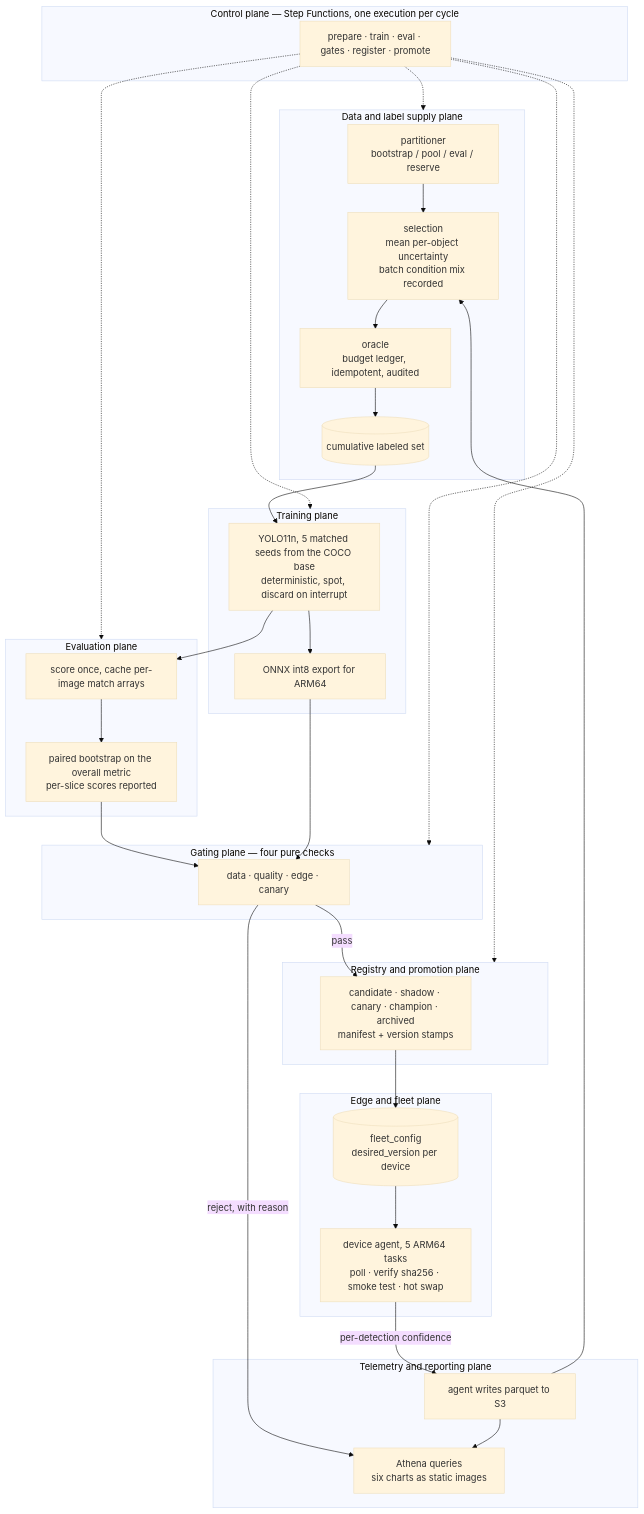
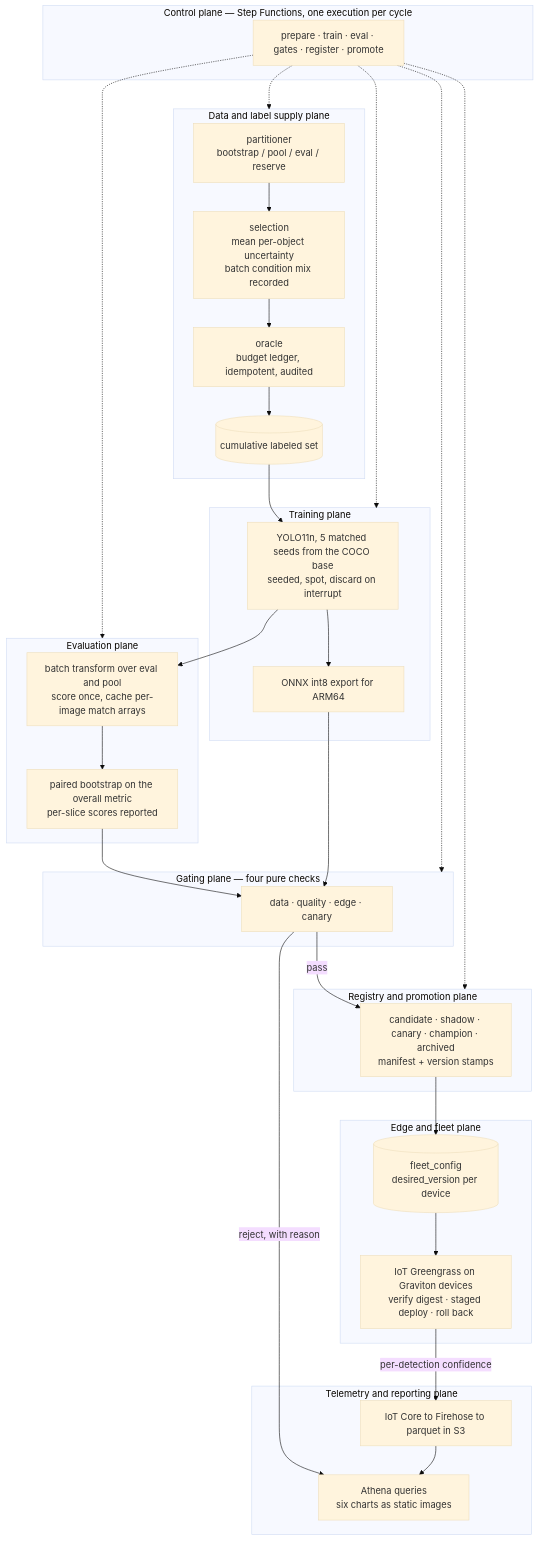
The diagram in docs/00-overview.md (arnavnair220/edge-ml-flywheel), drawn with Mermaid (base theme) before and after one commit. The commit also changed other lines of this file and 9 other files, not shown here.

First line of the commit message:
Start runs on the nine-class set, and move the fleet to Greengrass on Graviton

````diff
--- a/docs/00-overview.md
+++ b/docs/00-overview.md
@@ -84,64 +84,63 @@
 ```mermaid
 flowchart TB
     subgraph CTRL["Control plane — Step Functions, one execution per cycle"]
         SFN["prepare · train · eval · gates · register · promote"]
     end
 
     subgraph DATA["Data and label supply plane"]
         PART["partitioner<br/>bootstrap / pool / eval / reserve"]
         SEL["selection<br/>mean per-object uncertainty<br/>batch condition mix recorded"]
         ORACLE["oracle<br/>budget ledger, idempotent, audited"]
         POOL[("cumulative labeled set")]
     end
 
     subgraph TRAIN["Training plane"]
-        SEEDS["YOLO11n, 5 matched seeds from the COCO base<br/>deterministic, spot, discard on interrupt"]
+        SEEDS["YOLO11n, 5 matched seeds from the COCO base<br/>seeded, spot, discard on interrupt"]
         EXPORT["ONNX int8 export for ARM64"]
     end
 
     subgraph EVAL["Evaluation plane"]
-        SCORE["score once, cache per-image match arrays"]
+        SCORE["batch transform over eval and pool<br/>score once, cache per-image match arrays"]
         BOOT["paired bootstrap on the overall metric<br/>per-slice scores reported"]
     end
 
     subgraph GATE["Gating plane — four pure checks"]
         G["data · quality · edge · canary"]
     end
 
     subgraph REG["Registry and promotion plane"]
         SM["candidate · shadow · canary · champion · archived<br/>manifest + version stamps"]
     end
 
     subgraph EDGE["Edge and fleet plane"]
         CFG[("fleet_config<br/>desired_version per device")]
-        AGENT["device agent, 5 ARM64 tasks<br/>poll · verify sha256 · smoke test · hot swap"]
+        AGENT["IoT Greengrass on Graviton devices<br/>verify digest · staged deploy · roll back"]
     end
 
     subgraph OBS["Telemetry and reporting plane"]
-        TEL["agent writes parquet to S3"]
+        TEL["IoT Core to Firehose to parquet in S3"]
         DASH["Athena queries<br/>six charts as static images"]
     end
 
     PART --> SEL
     SEL --> ORACLE
     ORACLE --> POOL
     POOL --> SEEDS
     SEEDS --> SCORE
     SCORE --> BOOT
     BOOT --> G
     SEEDS --> EXPORT
     EXPORT --> G
     G -->|pass| SM
     G -->|"reject, with reason"| DASH
     SM --> CFG
     CFG --> AGENT
     AGENT -->|"per-detection confidence"| TEL
-    TEL --> SEL
     TEL --> DASH
 
     SFN -.-> DATA
     SFN -.-> TRAIN
     SFN -.-> EVAL
     SFN -.-> GATE
     SFN -.-> REG
 ```
````
